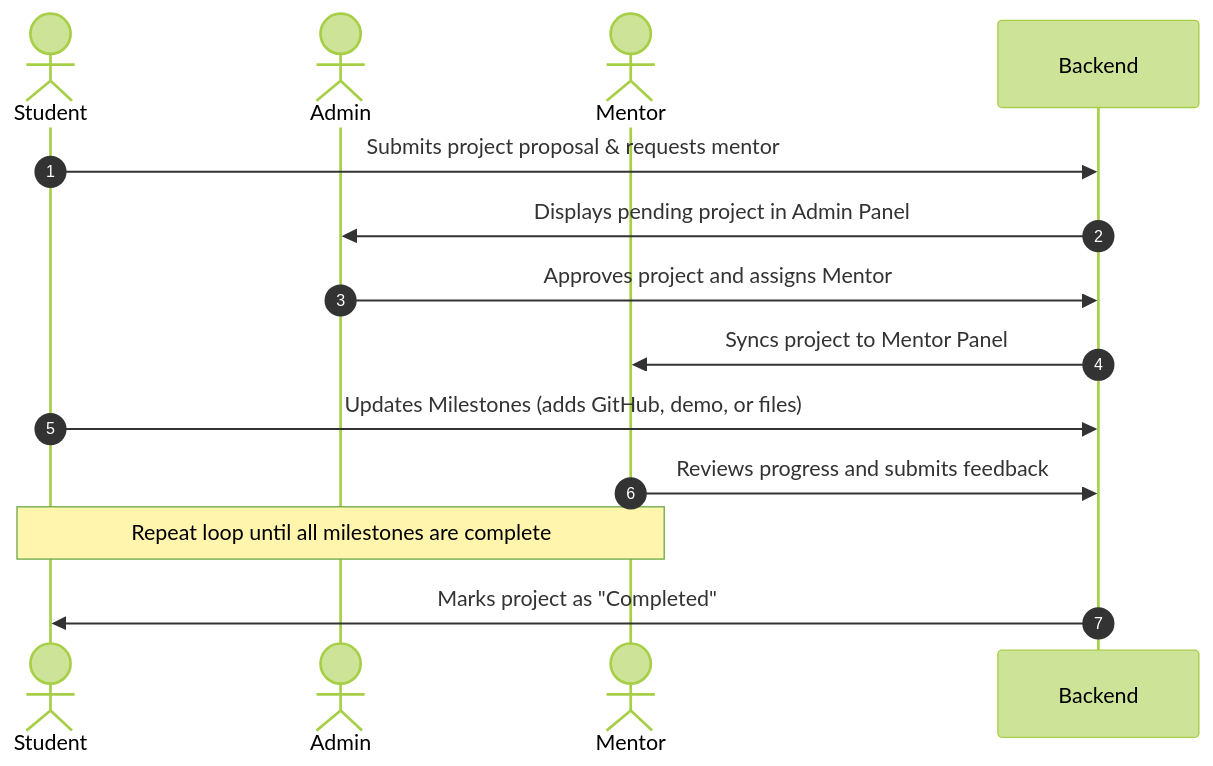
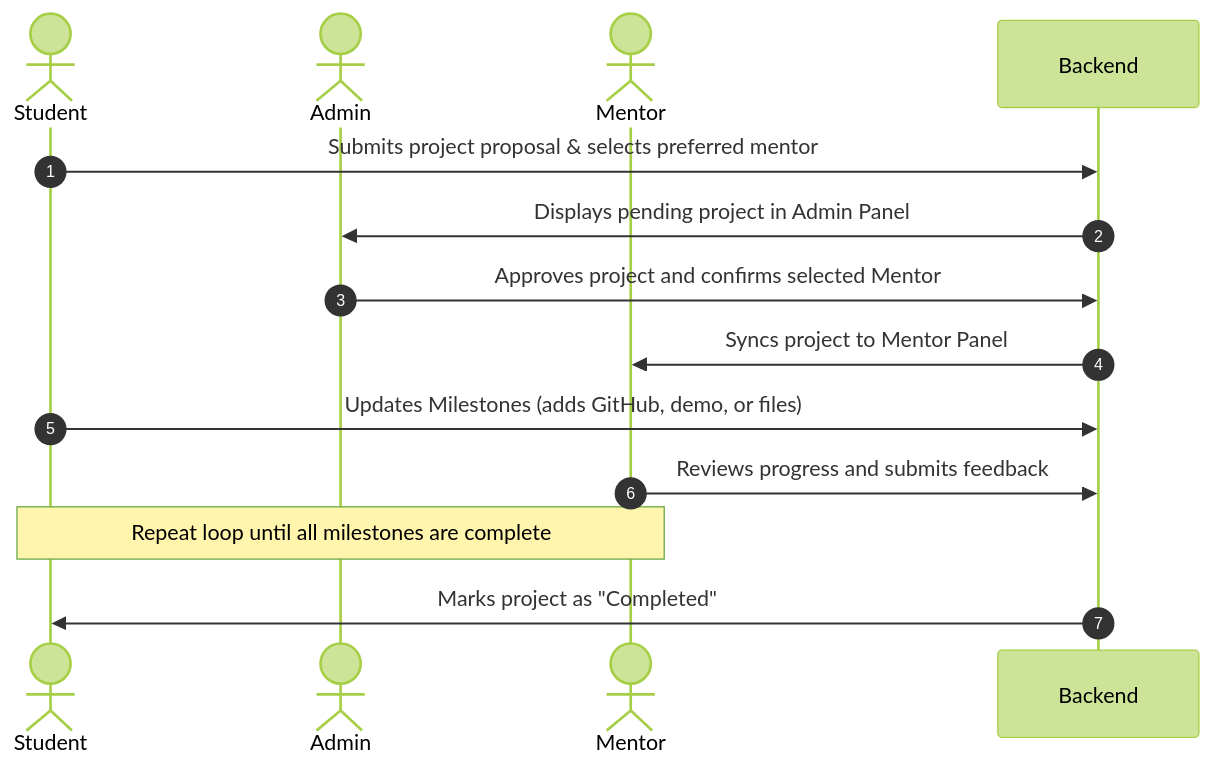
One commit to swatisdegaonkar/Student_project_management_portal changed the second of 2 diagrams in README.md. Above: the diagram before and after it, drawn with Mermaid (forest theme). The commit also changed other lines of this file, not shown here.

````diff
--- a/README.md
+++ b/README.md
@@ -85,16 +85,16 @@
 ```mermaid
 sequenceDiagram
     autonumber
     actor Student
     actor Admin
     actor Mentor
 
-    Student->>Backend: Submits project proposal & requests mentor
+    Student->>Backend: Submits project proposal & selects preferred mentor
     Backend->>Admin: Displays pending project in Admin Panel
-    Admin->>Backend: Approves project and assigns Mentor
+    Admin->>Backend: Approves project and confirms selected Mentor
     Backend->>Mentor: Syncs project to Mentor Panel
     Student->>Backend: Updates Milestones (adds GitHub, demo, or files)
     Mentor->>Backend: Reviews progress and submits feedback
     Note over Student, Mentor: Repeat loop until all milestones are complete
     Backend->>Student: Marks project as "Completed"
 ```
````
